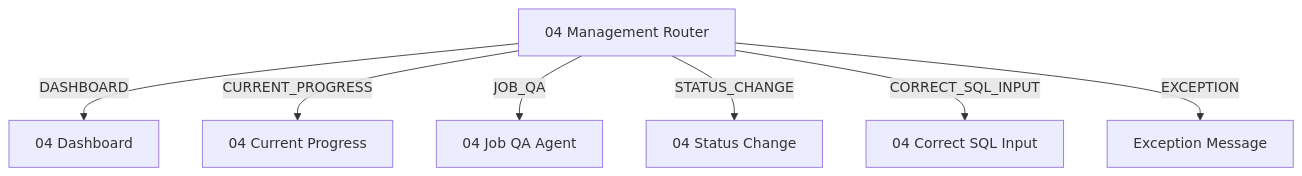
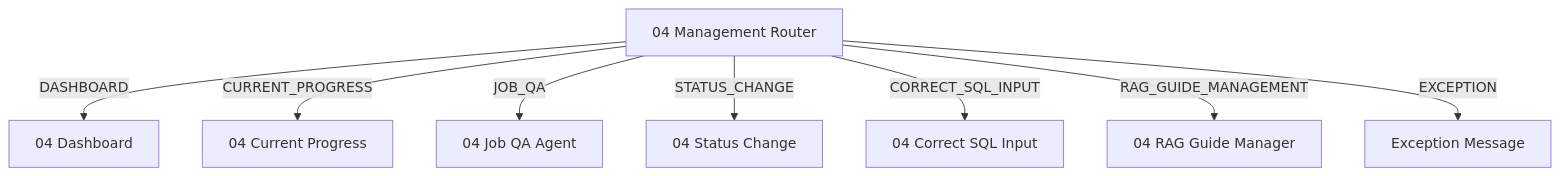
The third of 5 diagrams in langflow_260831_poc_complete/00_architecture_chapter2_chat_management.md (seongikjin227-jpg/refactoring_smartMigrate), drawn with Mermaid before and after one commit. The commit also changed other lines of this file and 36 other files, not shown here.

````diff
--- a/langflow_260831_poc_complete/00_architecture_chapter2_chat_management.md
+++ b/langflow_260831_poc_complete/00_architecture_chapter2_chat_management.md
@@ -55,9 +55,10 @@
 ```mermaid
 flowchart TD
     M[04 Management Router] -->|DASHBOARD| DASH[04 Dashboard]
     M -->|CURRENT_PROGRESS| PROG[04 Current Progress]
     M -->|JOB_QA| QA[04 Job QA Agent]
     M -->|STATUS_CHANGE| RESET[04 Status Change]
     M -->|CORRECT_SQL_INPUT| CORRECT[04 Correct SQL Input]
+    M -->|RAG_GUIDE_MANAGEMENT| RAG[04 RAG Guide Manager]
     M -->|EXCEPTION| EX[Exception Message]
 ```
````
